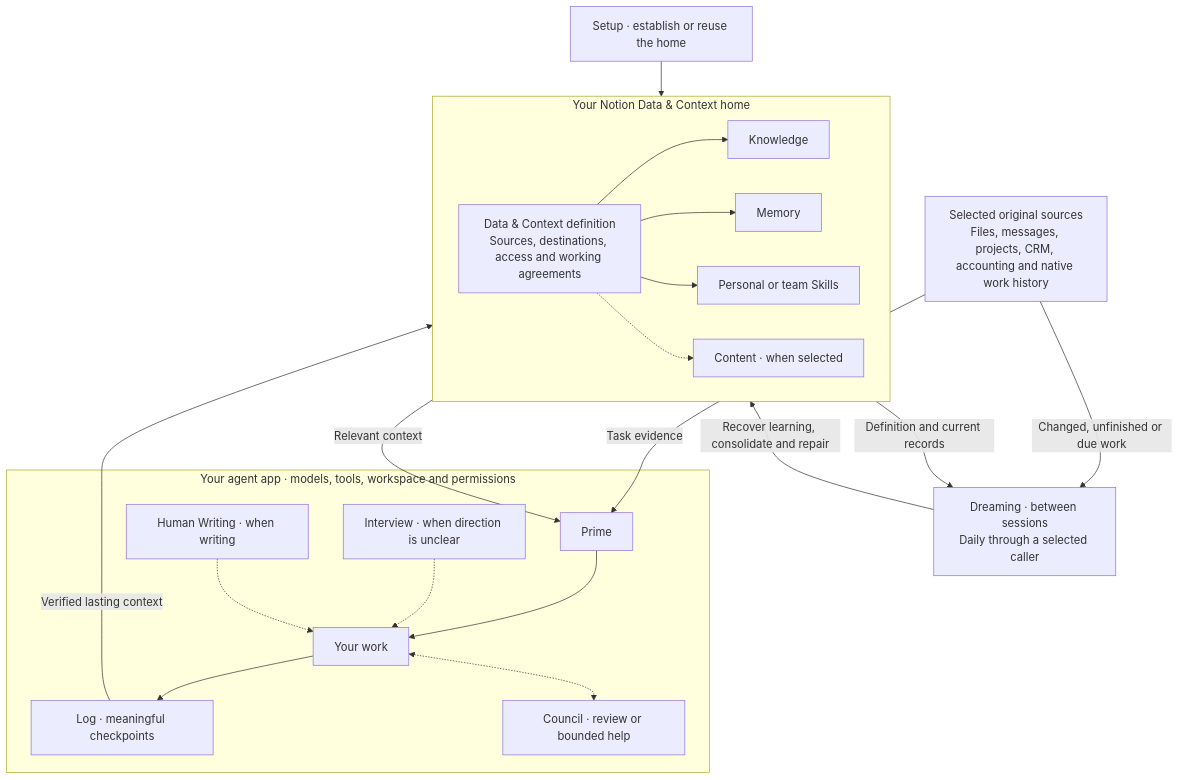
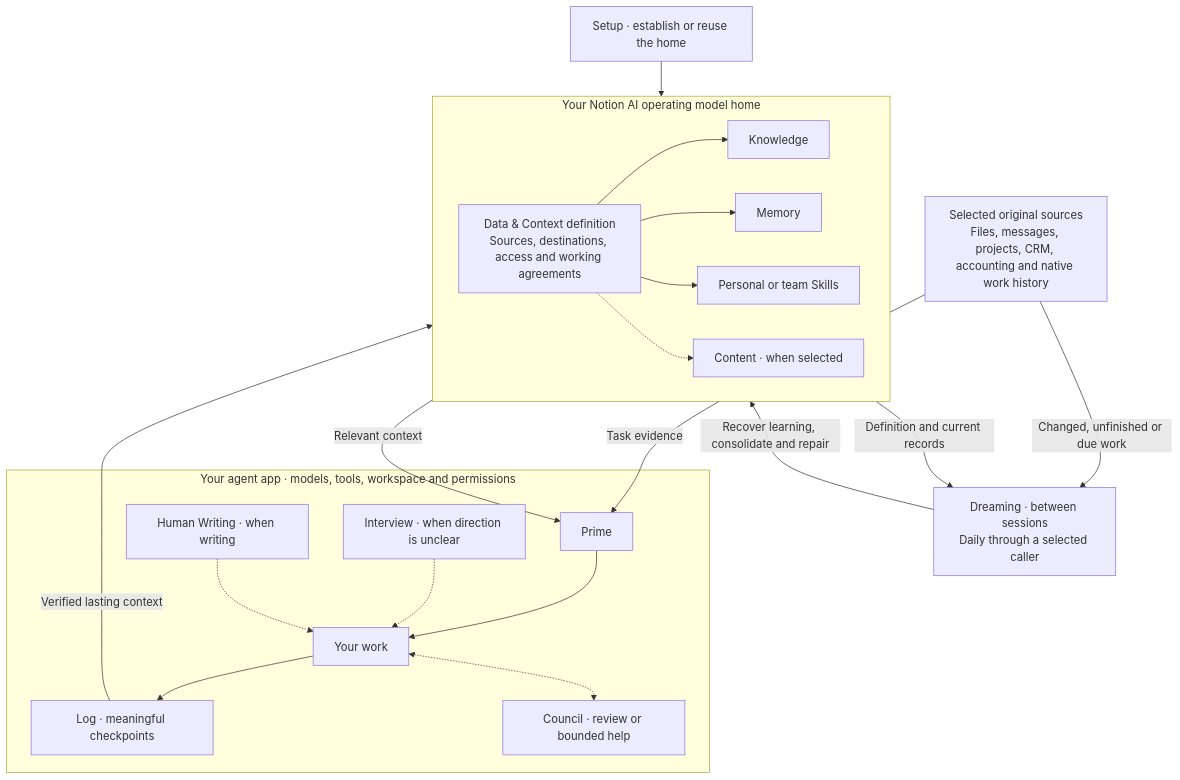
Before and after one commit to onlinesourdough/OSM-plugin: the diagram in docs-publisher/originals/notion.guide.diagram.md, drawn with Mermaid. The commit also changed other lines of this file and 12 other files, not shown here.

Commit message:
Align public operating-model guide with Notion originals

````diff
--- a/docs-publisher/originals/notion.guide.diagram.md
+++ b/docs-publisher/originals/notion.guide.diagram.md
@@ -9,34 +9,34 @@
 ```mermaid
 flowchart TB
   SETUP["Setup · establish or reuse the home"]
   SOURCES["Selected original sources<br/>Files, messages, projects, CRM, accounting and native work history"]
   subgraph AGENT["Your agent app · models, tools, workspace and permissions"]
     PRIME["Prime"]
     WORK["Your work"]
     LOG["Log · meaningful checkpoints"]
     INTERVIEW["Interview · when direction is unclear"]
     WRITING["Human Writing · when writing"]
     COUNCIL["Council · review or bounded help"]
     PRIME --> WORK --> LOG
     INTERVIEW -.-> WORK
     WRITING -.-> WORK
     WORK <-.-> COUNCIL
   end
-  subgraph HOME["Your Notion Data & Context home"]
+  subgraph HOME["Your Notion AI operating model home"]
     DEFINITION["Data & Context definition<br/>Sources, destinations, access and working agreements"]
     KNOWLEDGE["Knowledge"]
     MEMORY["Memory"]
     SKILLS["Personal or team Skills"]
     CONTENT["Content · when selected"]
     DEFINITION --> KNOWLEDGE & MEMORY & SKILLS
     DEFINITION -.-> CONTENT
   end
   DREAM["Dreaming · between sessions<br/>Daily through a selected caller"]
   SETUP --> HOME
   HOME -->|"Relevant context"| PRIME
   SOURCES -->|"Task evidence"| PRIME
   LOG -->|"Verified lasting context"| HOME
   HOME -->|"Definition and current records"| DREAM
   SOURCES -->|"Changed, unfinished or due work"| DREAM
   DREAM -->|"Recover learning, consolidate and repair"| HOME
 ```
````
